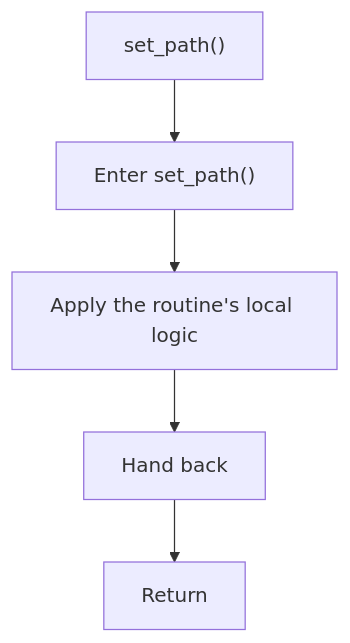
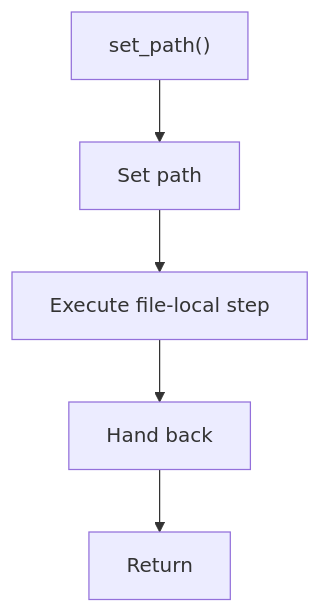
One commit to JohnAndrewBalbarosa/NeoTerritory changed the fourth of 7 diagrams in docs/Codebase/LegacyPatternTransformSamples/legacy_singleton_to_factory_sample.cpp.md. Above: the diagram before and after it, drawn with Mermaid. The commit also changed other lines of this file and 915 other files, not shown here.

````diff
--- a/docs/Codebase/LegacyPatternTransformSamples/legacy_singleton_to_factory_sample.cpp.md
+++ b/docs/Codebase/LegacyPatternTransformSamples/legacy_singleton_to_factory_sample.cpp.md
@@ -118,12 +117,12 @@
 ```mermaid
 flowchart TD
     Start["set_path()"]
-    N0["Enter set_path()"]
-    N1["Apply the routine's local logic"]
+    N0["Set path"]
+    N1["Execute file-local step"]
     N2["Hand back"]
     End["Return"]
     Start --> N0
     N0 --> N1
     N1 --> N2
     N2 --> End
 ```
````
